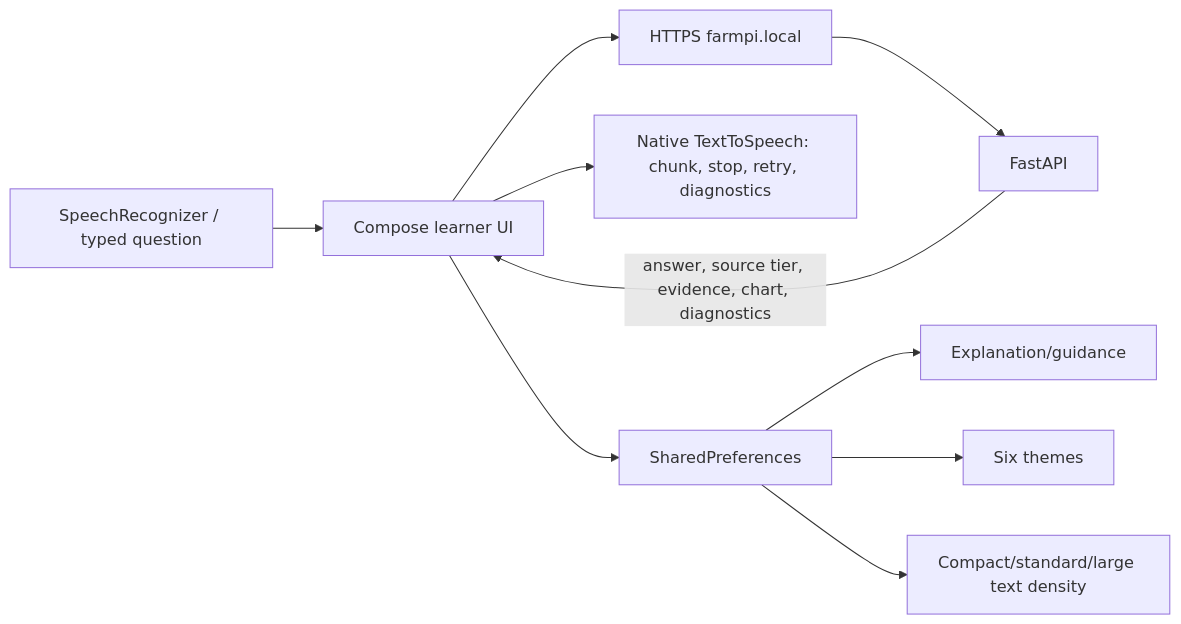
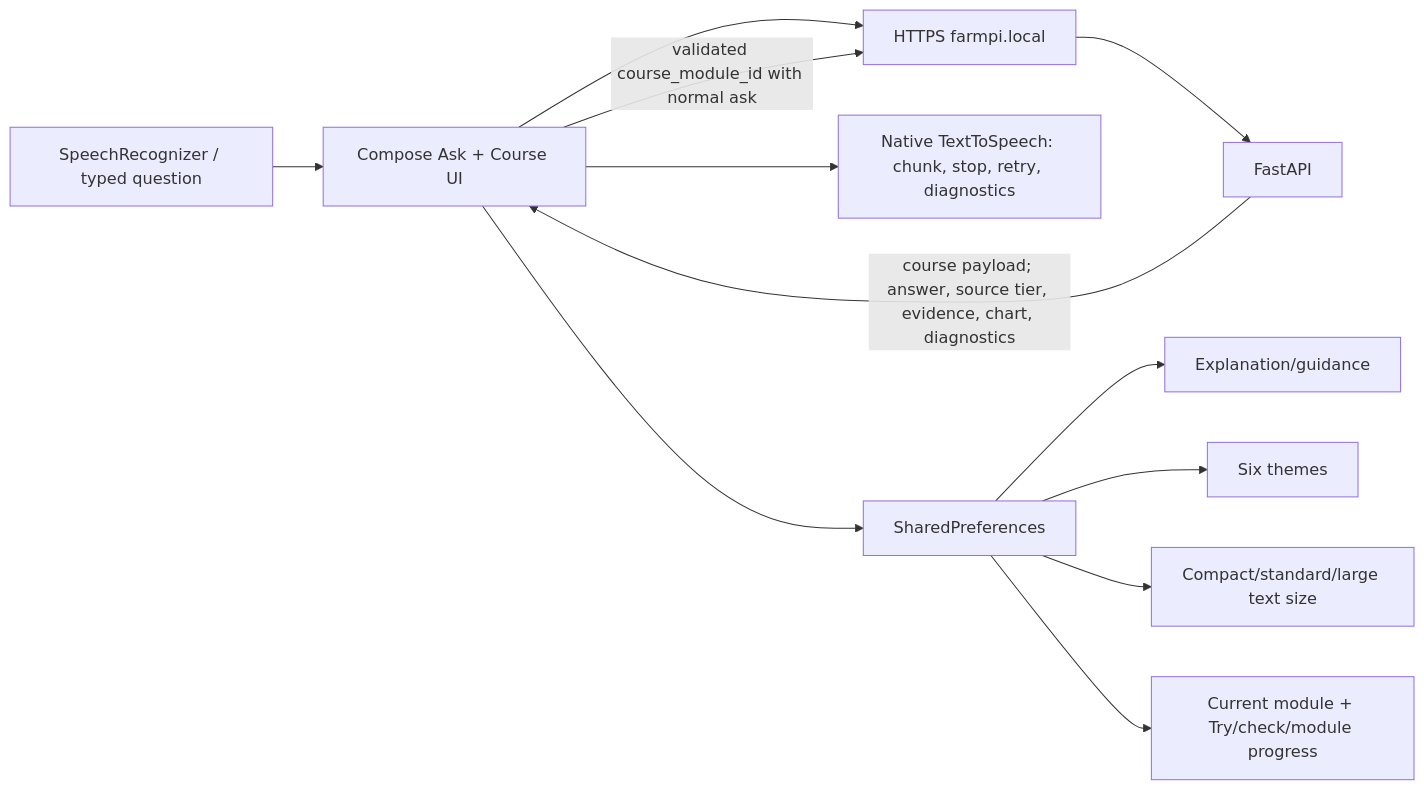
The diagram in docs/diagrams/android-architecture.mmd (w0rmy/farmpi), drawn with Mermaid before and after one commit. The commit also changed 14 other files, not shown here.

```diff
--- a/docs/diagrams/android-architecture.mmd
+++ b/docs/diagrams/android-architecture.mmd
@@ -1,10 +1,12 @@
 flowchart LR
-  V[SpeechRecognizer / typed question] --> U[Compose learner UI]
+  V[SpeechRecognizer / typed question] --> U[Compose Ask + Course UI]
   U --> H[HTTPS farmpi.local]
   H --> F[FastAPI]
-  F -->|answer, source tier, evidence, chart, diagnostics| U
+  F -->|course payload; answer, source tier, evidence, chart, diagnostics| U
   U --> T[Native TextToSpeech: chunk, stop, retry, diagnostics]
   U --> P[SharedPreferences]
   P --> S[Explanation/guidance]
   P --> C[Six themes]
-  P --> Z[Compact/standard/large text density]
+  P --> Z[Compact/standard/large text size]
+  P --> G[Current module + Try/check/module progress]
+  U -->|validated course_module_id with normal ask| H
```
